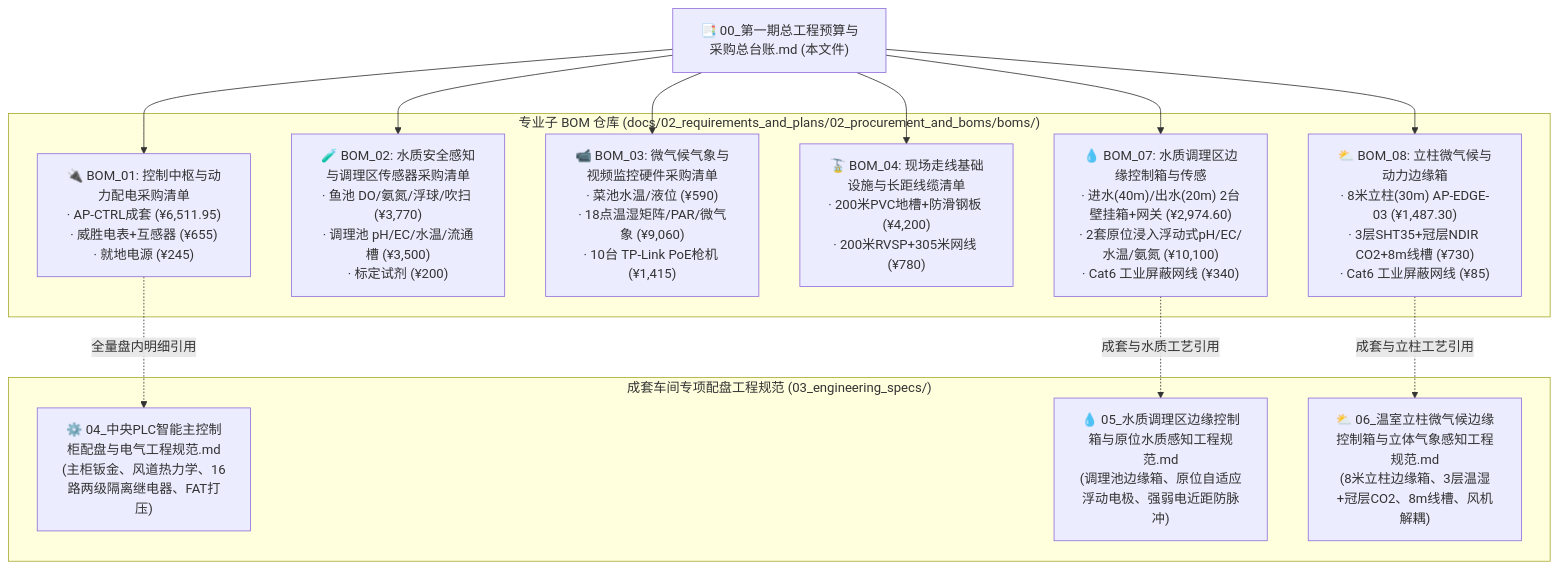
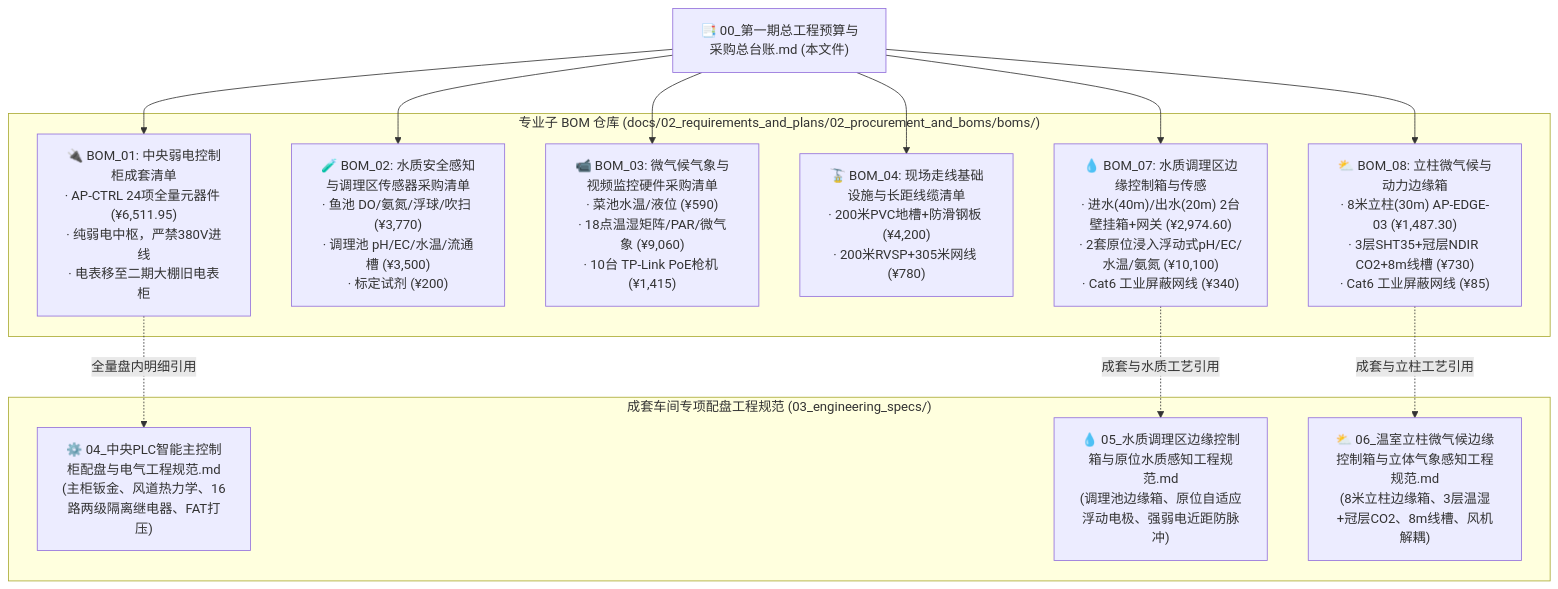
The second of 2 diagrams in docs/02_requirements_and_plans/02_procurement_and_boms/00_第一期总工程预算与采购总台账.md (digitalboy/aquaponics), drawn with Mermaid before and after one commit. The commit also changed other lines of this file and 6 other files, not shown here.

````diff
--- a/docs/02_requirements_and_plans/02_procurement_and_boms/00_第一期总工程预算与采购总台账.md
+++ b/docs/02_requirements_and_plans/02_procurement_and_boms/00_第一期总工程预算与采购总台账.md
@@ -88,29 +89,29 @@
 ```mermaid
 graph TD
     Master["📑 00_第一期总工程预算与采购总台账.md (本文件)"]
     
     subgraph SubBOMs ["专业子 BOM 仓库 (docs/02_requirements_and_plans/02_procurement_and_boms/boms/)"]
-        BOM1["🔌 BOM_01: 控制中枢与动力配电采购清单<br>· AP-CTRL成套 (¥6,511.95)<br>· 威胜电表+互感器 (¥655)<br>· 就地电源 (¥245)"]
+        BOM1["🔌 BOM_01: 中央弱电控制柜成套清单<br>· AP-CTRL 24项全量元器件 (¥6,511.95)<br>· 纯弱电中枢，严禁380V进线<br>· 电表移至二期大棚旧电表柜"]
         BOM2["🧪 BOM_02: 水质安全感知与调理区传感器采购清单<br>· 鱼池 DO/氨氮/浮球/吹扫 (¥3,770)<br>· 调理池 pH/EC/水温/流通槽 (¥3,500)<br>· 标定试剂 (¥200)"]
         BOM3["📹 BOM_03: 微气候气象与视频监控硬件采购清单<br>· 菜池水温/液位 (¥590)<br>· 18点温湿矩阵/PAR/微气象 (¥9,060)<br>· 10台 TP-Link PoE枪机 (¥1,415)"]
         BOM4["🚡 BOM_04: 现场走线基础设施与长距线缆清单<br>· 200米PVC地槽+防滑钢板 (¥4,200)<br>· 200米RVSP+305米网线 (¥780)"]
         BOM7["💧 BOM_07: 水质调理区边缘控制箱与传感<br>· 进水(40m)/出水(20m) 2台壁挂箱+网关 (¥2,974.60)<br>· 2套原位浸入浮动式pH/EC/水温/氨氮 (¥10,100)<br>· Cat6 工业屏蔽网线 (¥340)"]
         BOM8["⛅ BOM_08: 立柱微气候与动力边缘箱<br>· 8米立柱(30m) AP-EDGE-03 (¥1,487.30)<br>· 3层SHT35+冠层NDIR CO2+8m线槽 (¥730)<br>· Cat6 工业屏蔽网线 (¥85)"]
     end
     
     subgraph CabinetSpec ["成套车间专项配盘工程规范 (03_engineering_specs/)"]
         Doc04["⚙️ 04_中央PLC智能主控制柜配盘与电气工程规范.md<br>(主柜钣金、风道热力学、16路两级隔离继电器、FAT打压)"]
         Doc05["💧 05_水质调理区边缘控制箱与原位水质感知工程规范.md<br>(调理池边缘箱、原位自适应浮动电极、强弱电近距防脉冲)"]
         Doc06["⛅ 06_温室立柱微气候边缘控制箱与立体气象感知工程规范.md<br>(8米立柱边缘箱、3层温湿+冠层CO2、8m线槽、风机解耦)"]
     end
     
     Master --> BOM1
     Master --> BOM2
     Master --> BOM3
     Master --> BOM4
     Master --> BOM7
     Master --> BOM8
     BOM1 -.->|全量盘内明细引用| Doc04
     BOM7 -.->|成套与水质工艺引用| Doc05
     BOM8 -.->|成套与立柱工艺引用| Doc06
 ```
````
